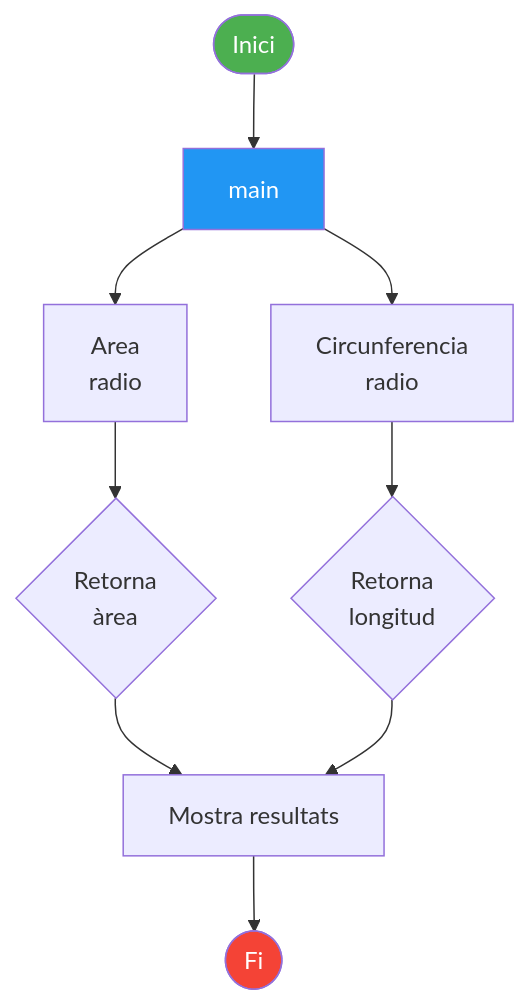
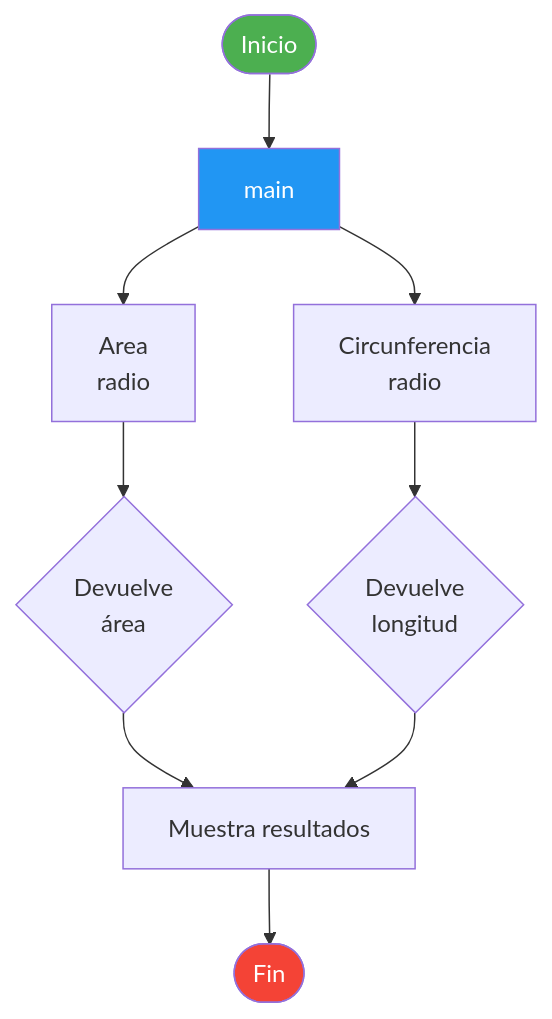
Before and after one commit to ssorianor/CefireMarkdownTasca4sergiosorianoreyes: the first of 3 diagrams in md/index.md, drawn with Mermaid. The commit also changed other lines of this file and 2 other files, not shown here.

Commit message:
Diagramas modificados index.md

````diff
--- a/md/index.md
+++ b/md/index.md
@@ -190,15 +205,15 @@
 ```mermaid
 flowchart TD
-    A([Inici]) --> B[main]
+    A([Inicio]) --> B[main]
     B --> C[Area\nradio]
     B --> D[Circunferencia\nradio]
-    C --> E{Retorna\nàrea}
-    D --> F{Retorna\nlongitud}
-    E --> G[Mostra resultats]
+    C --> E{Devuelve\nárea}
+    D --> F{Devuelve\nlongitud}
+    E --> G[Muestra resultados]
     F --> G
-    G --> H([Fi])
+    G --> H([Fin])
 
     style A fill:#4CAF50,color:#fff
     style H fill:#f44336,color:#fff
     style B fill:#2196F3,color:#fff
 ```
````
